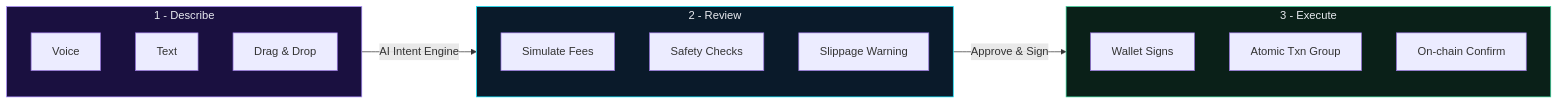
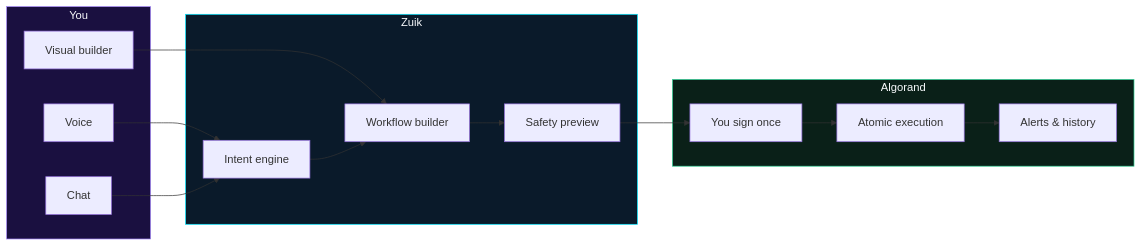
One commit to DarshanKrishna-DK/Zuik changed the first of 4 diagrams in README.md. Above: the diagram before and after it, drawn with Mermaid. The commit also changed other lines of this file and 83 other files, not shown here.

````diff
--- a/README.md
+++ b/README.md
@@ -32,30 +67,33 @@
 ```mermaid
 flowchart LR
-    subgraph INPUT["  1 - Describe  "]
-        direction TB
+    subgraph YOU["You"]
         V["Voice"]
-        T["Text"]
-        D["Drag & Drop"]
+        T["Chat"]
+        B["Visual builder"]
     end
 
-    subgraph REVIEW["  2 - Review  "]
-        direction TB
-        SIM["Simulate Fees"]
-        SAFE["Safety Checks"]
-        SLIP["Slippage Warning"]
+    subgraph ZUIK["Zuik"]
+        AI["Intent engine"]
+        FLOW["Workflow builder"]
+        CHECK["Safety preview"]
     end
 
-    subgraph EXECUTE["  3 - Execute  "]
-        direction TB
-        SIGN["Wallet Signs"]
-        ATOMIC["Atomic Txn Group"]
-        CONFIRM["On-chain Confirm"]
+    subgraph CHAIN["Algorand"]
+        SIGN["You sign once"]
+        ATOMIC["Atomic execution"]
+        ALERT["Alerts & history"]
     end
 
-    INPUT -- "AI Intent Engine" --> REVIEW
-    REVIEW -- "Approve & Sign" --> EXECUTE
+    V --> AI
+    T --> AI
+    B --> FLOW
+    AI --> FLOW
+    FLOW --> CHECK
+    CHECK --> SIGN
+    SIGN --> ATOMIC
+    ATOMIC --> ALERT
 
-    style INPUT fill:#1a1040,stroke:#a78bfa,color:#e8eaf0
-    style REVIEW fill:#0a1a2a,stroke:#00e5ff,color:#e8eaf0
-    style EXECUTE fill:#0a2018,stroke:#34d399,color:#e8eaf0
+    style YOU fill:#1a1040,stroke:#a78bfa,color:#f8fafc
+    style ZUIK fill:#0a1a2a,stroke:#00e5ff,color:#f8fafc
+    style CHAIN fill:#0a2018,stroke:#34d399,color:#f8fafc
 ```
````
